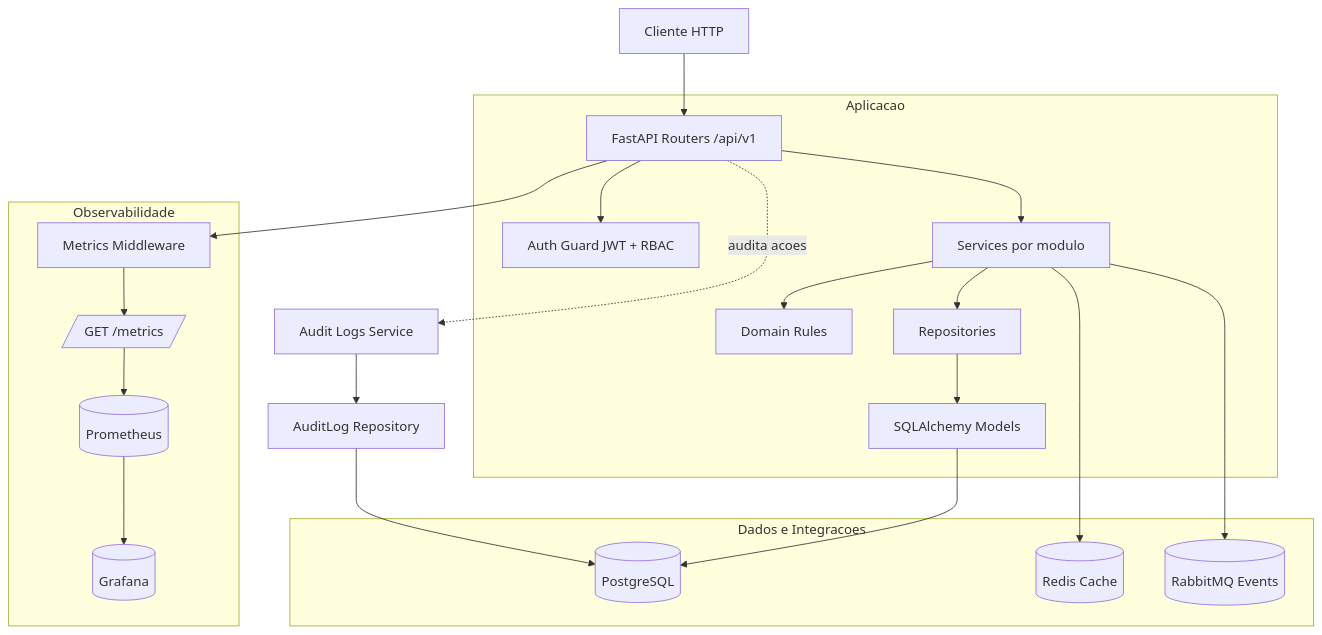
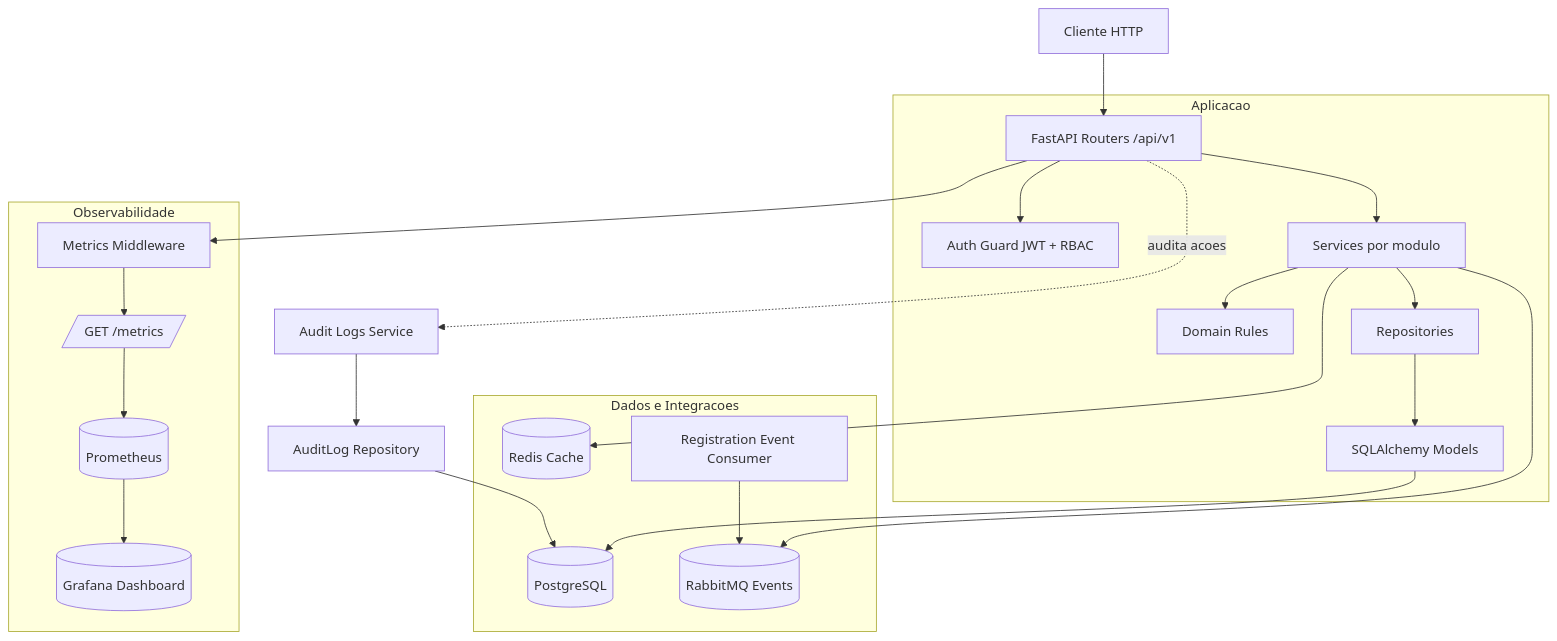
The first of 3 diagrams in README.md (lenonmerlo/conecta-volei-backend-lab), drawn with Mermaid before and after one commit. The commit also changed other lines of this file, not shown here.

````diff
--- a/README.md
+++ b/README.md
@@ -73,29 +84,30 @@
 ```mermaid
 flowchart TD
   Client[Cliente HTTP] --> Router[FastAPI Routers /api/v1]
 
   subgraph APP[Aplicacao]
     Router --> Auth[Auth Guard JWT + RBAC]
     Router --> Service[Services por modulo]
     Service --> Domain[Domain Rules]
     Service --> Repo[Repositories]
     Repo --> Model[SQLAlchemy Models]
   end
 
   subgraph DATA[Dados e Integracoes]
     Model --> PG[(PostgreSQL)]
     Service --> Redis[(Redis Cache)]
     Service --> Rabbit[(RabbitMQ Events)]
+    Worker[Registration Event Consumer] --> Rabbit
   end
 
   subgraph OBS[Observabilidade]
     Router --> Metrics[Metrics Middleware]
     Metrics --> Endpoint[/GET /metrics/]
     Endpoint --> Prom[(Prometheus)]
-    Prom --> Graf[(Grafana)]
+    Prom --> Graf[(Grafana Dashboard)]
   end
 
   Router -.audita acoes.-> Audit[Audit Logs Service]
   Audit --> AuditRepo[AuditLog Repository]
   AuditRepo --> PG
 ```
````
